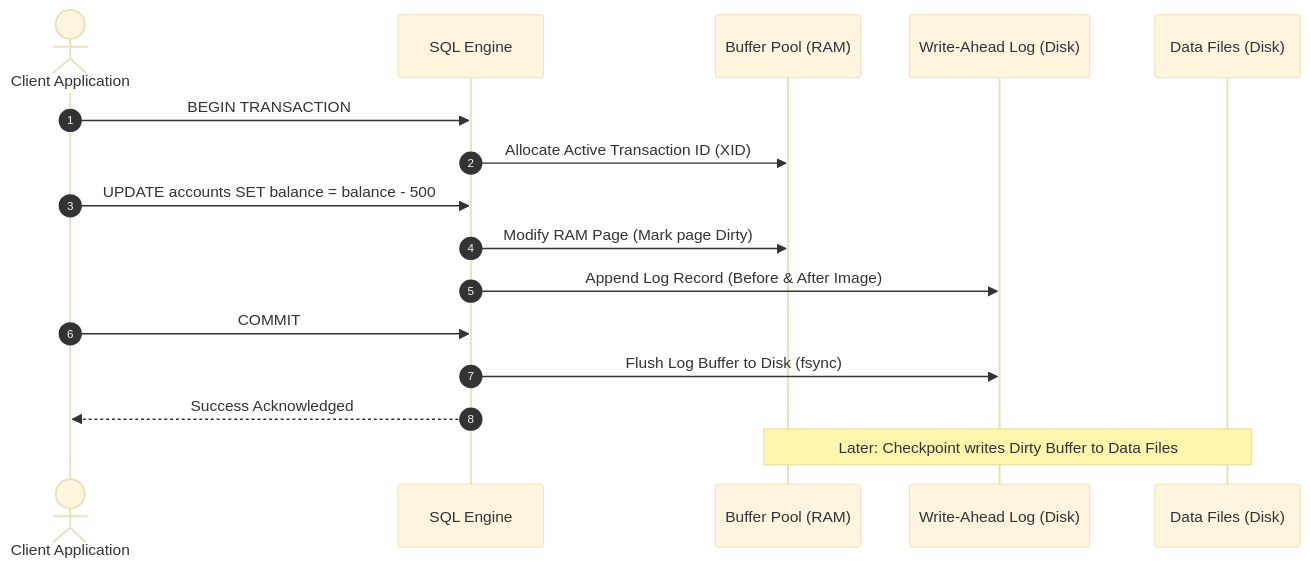
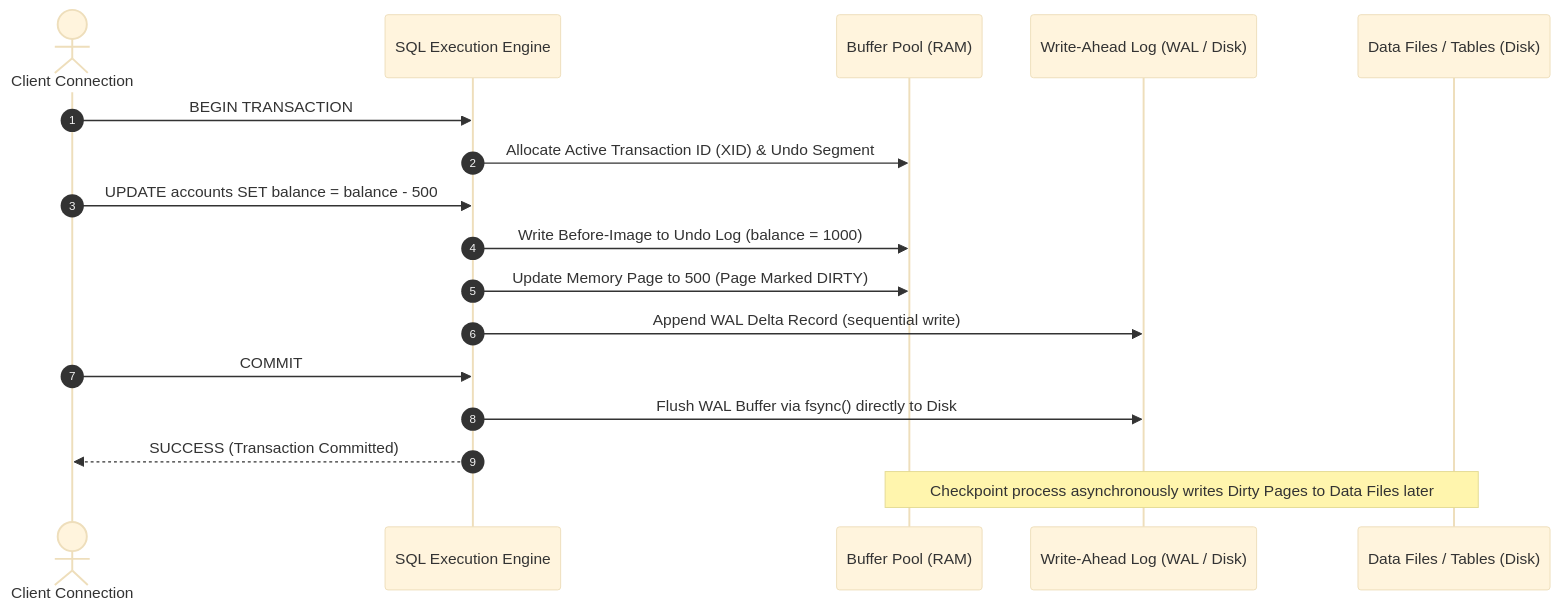
The second of 5 diagrams in Skills_Output/query/003_dcl_tcl_acid_properties_internals.md (AkmKawser/Database-Management-System), drawn with Mermaid (base theme) before and after one commit. The commit also changed other lines of this file and 2 other files, not shown here.

````diff
--- a/Skills_Output/query/003_dcl_tcl_acid_properties_internals.md
+++ b/Skills_Output/query/003_dcl_tcl_acid_properties_internals.md
@@ -85,19 +81,20 @@
 ```mermaid
 sequenceDiagram
     autonumber
-    actor App as Client Application
-    participant Engine as SQL Engine
-    participant Buffer as Buffer Pool (RAM)
-    participant WAL as Write-Ahead Log (Disk)
-    participant Data as Data Files (Disk)
+    actor App as Client Connection
+    participant Engine as SQL Execution Engine
+    participant RAM as Buffer Pool (RAM)
+    participant WAL as Write-Ahead Log (WAL / Disk)
+    participant Data as Data Files / Tables (Disk)
 
     App->>Engine: BEGIN TRANSACTION
-    Engine->>Buffer: Allocate Active Transaction ID (XID)
+    Engine->>RAM: Allocate Active Transaction ID (XID) & Undo Segment
     App->>Engine: UPDATE accounts SET balance = balance - 500
-    Engine->>Buffer: Modify RAM Page (Mark page Dirty)
-    Engine->>WAL: Append Log Record (Before & After Image)
+    Engine->>RAM: Write Before-Image to Undo Log (balance = 1000)
+    Engine->>RAM: Update Memory Page to 500 (Page Marked DIRTY)
+    Engine->>WAL: Append WAL Delta Record (sequential write)
     App->>Engine: COMMIT
-    Engine->>WAL: Flush Log Buffer to Disk (fsync)
-    Engine-->>App: Success Acknowledged
-    Note over Buffer,Data: Later: Checkpoint writes Dirty Buffer to Data Files
+    Engine->>WAL: Flush WAL Buffer via fsync() directly to Disk
+    Engine-->>App: SUCCESS (Transaction Committed)
+    Note over RAM,Data: Checkpoint process asynchronously writes Dirty Pages to Data Files later
 ```
````
